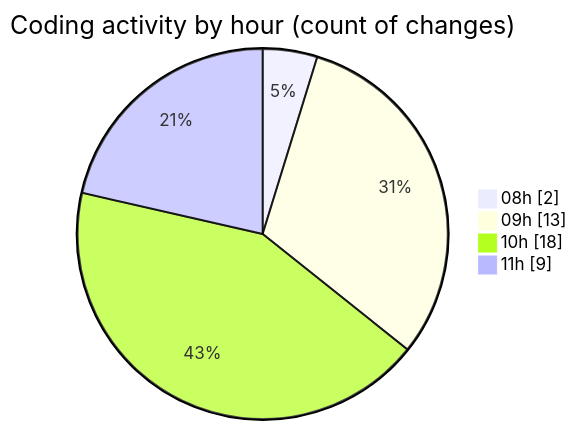
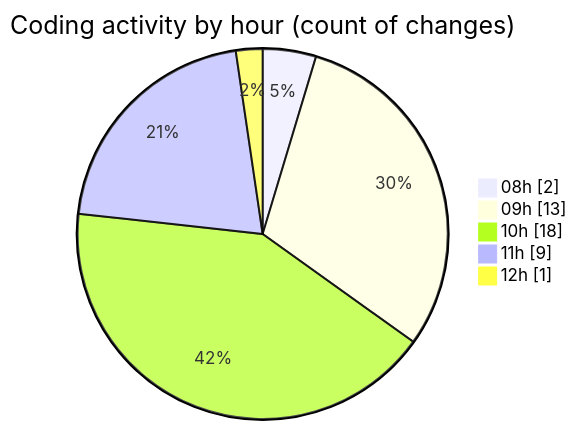
The second of 2 diagrams in 2025-03-26/kml/README.md (LanceThiago/code-tracking), drawn with Mermaid before and after one commit. The commit also changed other lines of this file and 1 other file, not shown here.

````diff
--- a/2025-03-26/kml/README.md
+++ b/2025-03-26/kml/README.md
@@ -36,8 +38,9 @@
 ```mermaid
 pie showData
 title Coding activity by hour (count of changes)
 "08h" : 2
 "09h" : 13
 "10h" : 18
 "11h" : 9
+"12h" : 1
 ```
````
